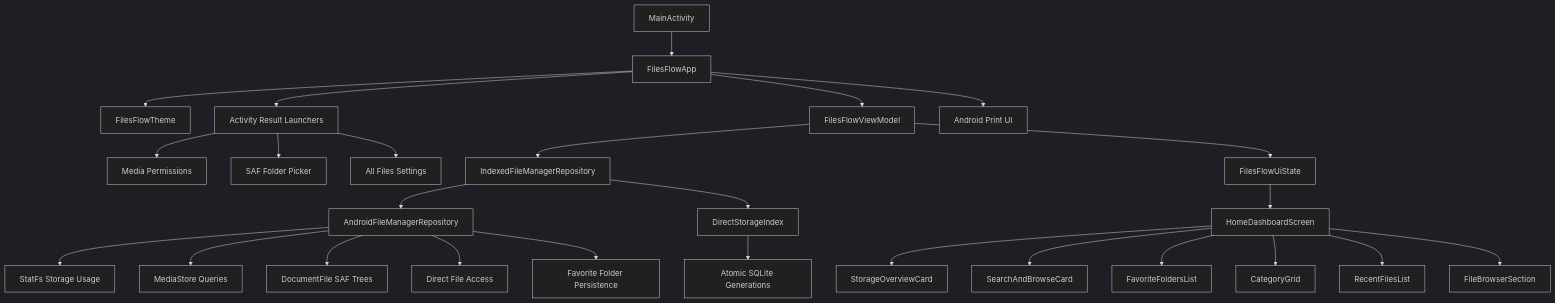
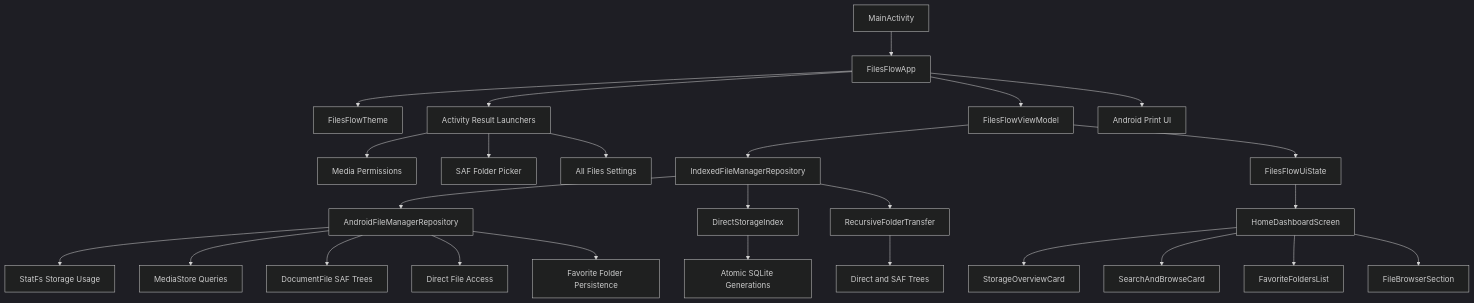
Before and after one commit to benclawbot/filesflow: the diagram in README.md, drawn with Mermaid (dark theme). The commit also changed other lines of this file, not shown here.

Commit message:
docs: document recursive transfers and emulator gate

````diff
--- a/README.md
+++ b/README.md
@@ -27,28 +29,28 @@
 ```mermaid
 flowchart TD
     A["MainActivity"] --> B["FilesFlowApp"]
     B --> C["FilesFlowTheme"]
     B --> D["Activity Result Launchers"]
     D --> E["Media Permissions"]
     D --> F["SAF Folder Picker"]
     D --> G["All Files Settings"]
     B --> H["FilesFlowViewModel"]
     H --> I["IndexedFileManagerRepository"]
     I --> J["AndroidFileManagerRepository"]
     I --> K["DirectStorageIndex"]
-    K --> L["Atomic SQLite Generations"]
-    J --> M["StatFs Storage Usage"]
-    J --> N["MediaStore Queries"]
-    J --> O["DocumentFile SAF Trees"]
-    J --> P["Direct File Access"]
-    J --> Q["Favorite Folder Persistence"]
-    B --> R["Android Print UI"]
-    H --> S["FilesFlowUiState"]
-    S --> T["HomeDashboardScreen"]
-    T --> U["StorageOverviewCard"]
-    T --> V["SearchAndBrowseCard"]
-    T --> W["FavoriteFoldersList"]
-    T --> X["CategoryGrid"]
-    T --> Y["RecentFilesList"]
-    T --> Z["FileBrowserSection"]
+    I --> L["RecursiveFolderTransfer"]
+    K --> M["Atomic SQLite Generations"]
+    L --> N["Direct and SAF Trees"]
+    J --> O["StatFs Storage Usage"]
+    J --> P["MediaStore Queries"]
+    J --> Q["DocumentFile SAF Trees"]
+    J --> R["Direct File Access"]
+    J --> S["Favorite Folder Persistence"]
+    B --> T["Android Print UI"]
+    H --> U["FilesFlowUiState"]
+    U --> V["HomeDashboardScreen"]
+    V --> W["StorageOverviewCard"]
+    V --> X["SearchAndBrowseCard"]
+    V --> Y["FavoriteFoldersList"]
+    V --> Z["FileBrowserSection"]
 ```
````
